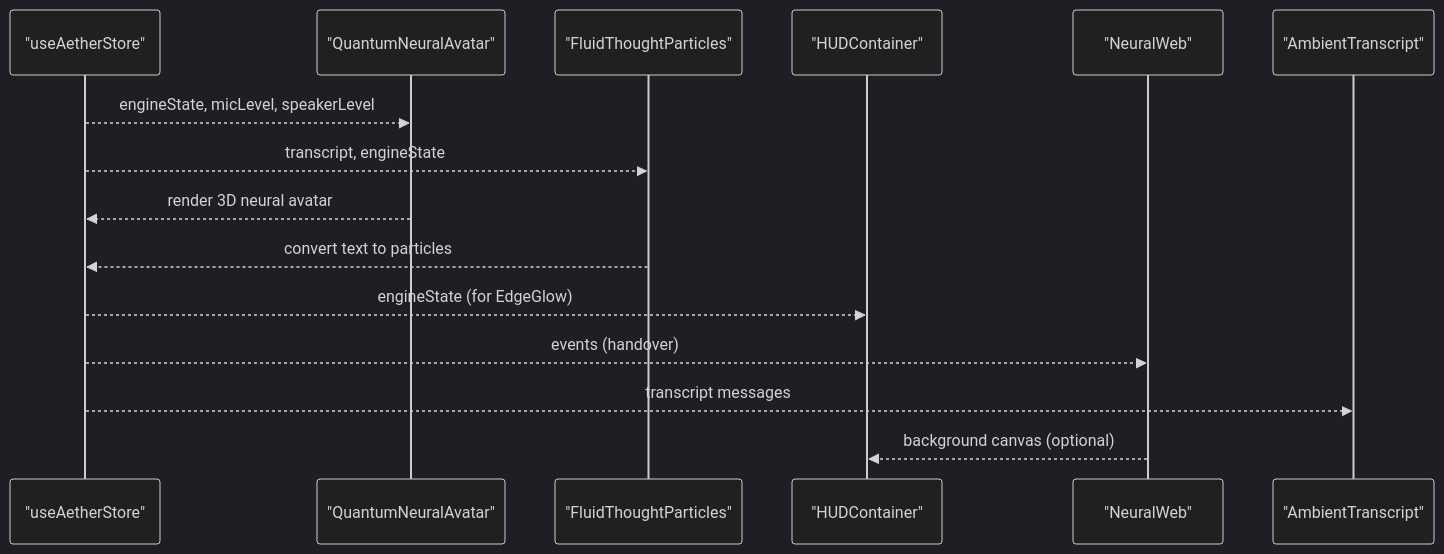
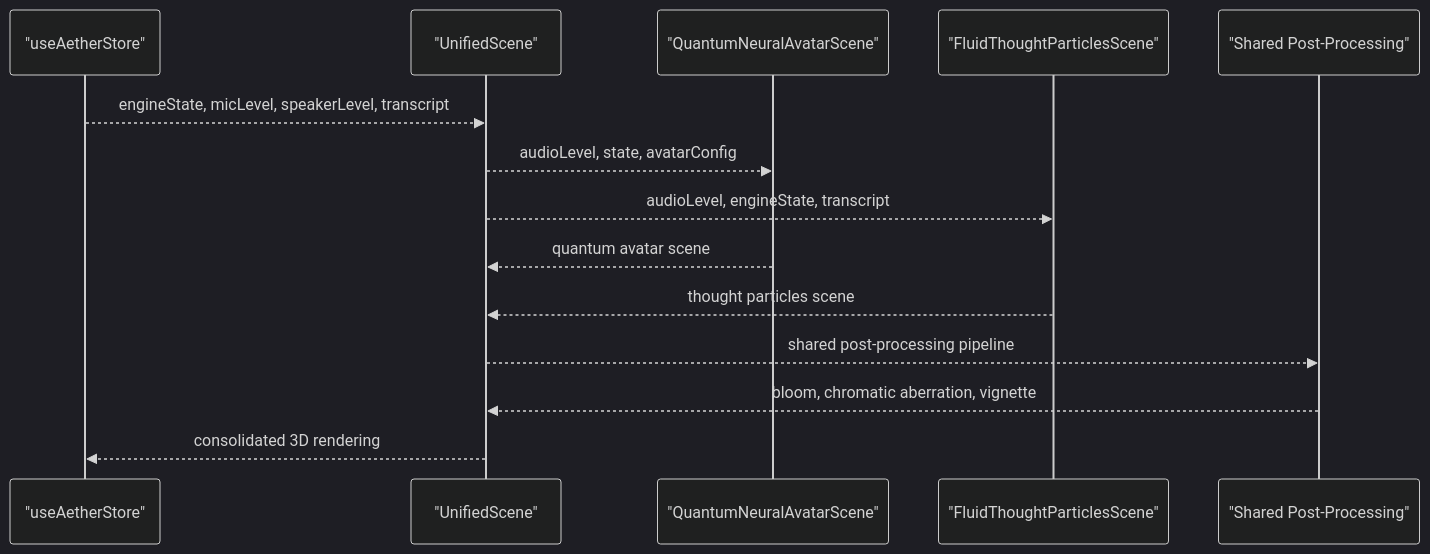
The second of 9 diagrams in .qoder/repowiki/en/content/Frontend Application/Visual Interface Components/Visual Interface Components.md (Moeabdelaziz007/Aether-Voice-OS), drawn with Mermaid (dark theme) before and after one commit. The commit also changed other lines of this file and 29 other files, not shown here.

````diff
--- a/.qoder/repowiki/en/content/Frontend Application/Visual Interface Components/Visual Interface Components.md
+++ b/.qoder/repowiki/en/content/Frontend Application/Visual Interface Components/Visual Interface Components.md
@@ -182,17 +159,16 @@
 ```mermaid
 sequenceDiagram
 participant Store as "useAetherStore"
-participant QNA as "QuantumNeuralAvatar"
-participant FTP as "FluidThoughtParticles"
-participant HUD as "HUDContainer"
-participant Net as "NeuralWeb"
-participant Trans as "AmbientTranscript"
-Store-->>QNA : engineState, micLevel, speakerLevel
-Store-->>FTP : transcript, engineState
-QNA-->>Store : render 3D neural avatar
-FTP-->>Store : convert text to particles
-Store-->>HUD : engineState (for EdgeGlow)
-Store-->>Net : events (handover)
-Store-->>Trans : transcript messages
-Net-->>HUD : background canvas (optional)
+participant US as "UnifiedScene"
+participant QNA as "QuantumNeuralAvatarScene"
+participant FTP as "FluidThoughtParticlesScene"
+participant PP as "Shared Post-Processing"
+Store-->>US : engineState, micLevel, speakerLevel, transcript
+US-->>QNA : audioLevel, state, avatarConfig
+US-->>FTP : audioLevel, engineState, transcript
+QNA-->>US : quantum avatar scene
+FTP-->>US : thought particles scene
+US-->>PP : shared post-processing pipeline
+PP-->>US : bloom, chromatic aberration, vignette
+US-->>Store : consolidated 3D rendering
 ```
````
